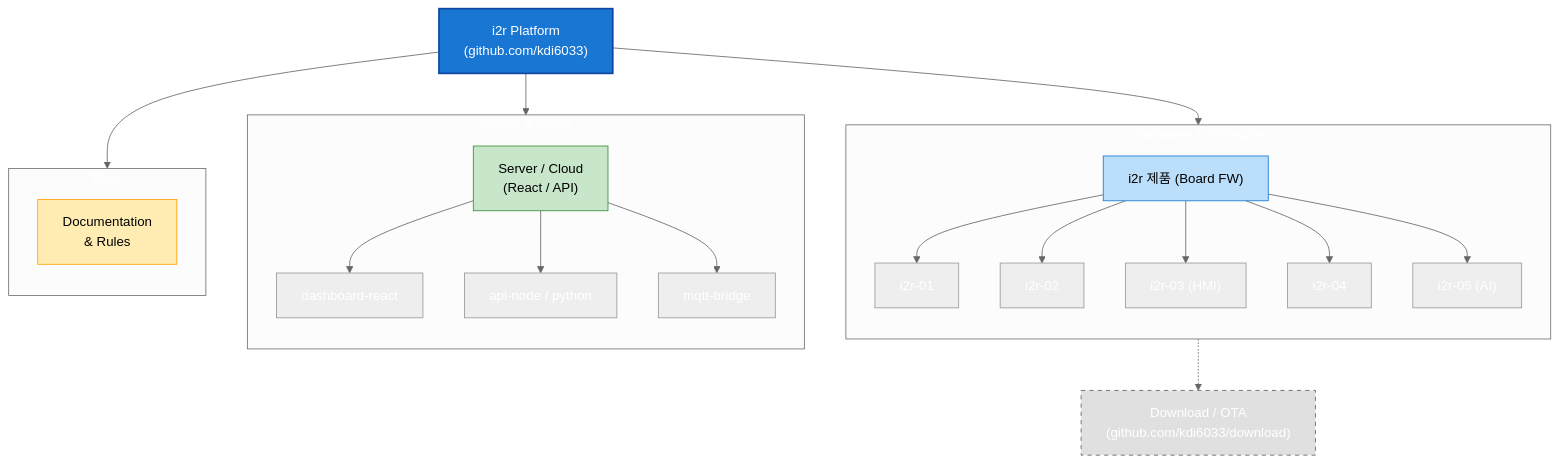
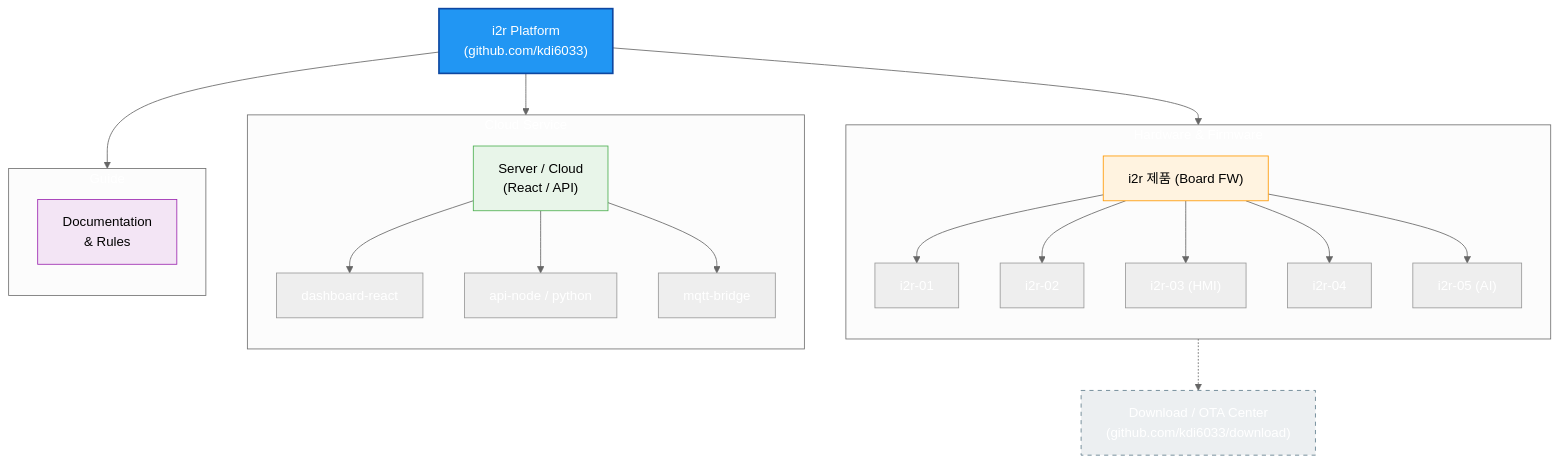
Before and after one commit to kdi6033/kdi6033: the second of 2 diagrams in README.md, drawn with Mermaid (neutral theme).

Commit message:
Update README.md for clarity and structure

````diff
--- a/README.md
+++ b/README.md
@@ -91,42 +90,45 @@
 ```mermaid
 graph TD
-    %% Main Node
+    %% Main Platform
     MAIN["i2r Platform<br/>(github.com/kdi6033)"]:::root
 
-    %% Layout using subgraphs for better structure
-    subgraph S_FW [Hardware & Firmware]
+    %% Define Subgraphs for Structure
+    subgraph Hardware [Hardware & Firmware]
         direction TB
         FW["i2r 제품 (Board FW)"]:::hw
         FW --> I01[i2r-01]
         FW --> I02[i2r-02]
         FW --> I03["i2r-03 (HMI)"]
         FW --> I04[i2r-04]
         FW --> I05["i2r-05 (AI)"]
     end
 
-    subgraph S_CLOUD [Server & Cloud]
+    subgraph Service [Cloud Service]
         direction TB
         CLOUD["Server / Cloud<br/>(React / API)"]:::sw
         CLOUD --> R1[dashboard-react]
         CLOUD --> A1[api-node / python]
         CLOUD --> M1[mqtt-bridge]
     end
 
-    subgraph S_DOCS [Docs]
+    subgraph Document [Guide]
         direction TB
         DOCS["Documentation<br/>& Rules"]:::doc
     end
 
     %% Connections
     MAIN --> FW
     MAIN --> CLOUD
     MAIN --> DOCS
-    FW -.-> DL["Download / OTA<br/>(github.com/kdi6033/download)"]:::down
+    FW -.-> DL["Download / OTA Center<br/>(github.com/kdi6033/download)"]:::down
 
     %% Styles
-    classDef root fill:#1976D2,stroke:#0D47A1,stroke-width:2px,color:white;
-    classDef hw fill:#BBDEFB,stroke:#1976D2,color:black;
-    classDef sw fill:#C8E6C9,stroke:#388E3C,color:black;
-    classDef doc fill:#FFECB3,stroke:#FFA000,color:black;
-    classDef down fill:#E0E0E0,stroke:#616161,stroke-dasharray: 5 5;
+    classDef root fill:#2196F3,stroke:#0D47A1,stroke-width:2px,color:white;
+    classDef hw fill:#FFF3E0,stroke:#FF9800,color:black;
+    classDef sw fill:#E8F5E9,stroke:#4CAF50,color:black;
+    classDef doc fill:#F3E5F5,stroke:#9C27B0,color:black;
+    classDef down fill:#ECEFF1,stroke:#607D8B,stroke-dasharray: 5 5;
+    
+    %% Flowchart Config (Optional: Add this to top if supported, else default curve)
+    %% linkStyle default interpolate basis
 ```
````
